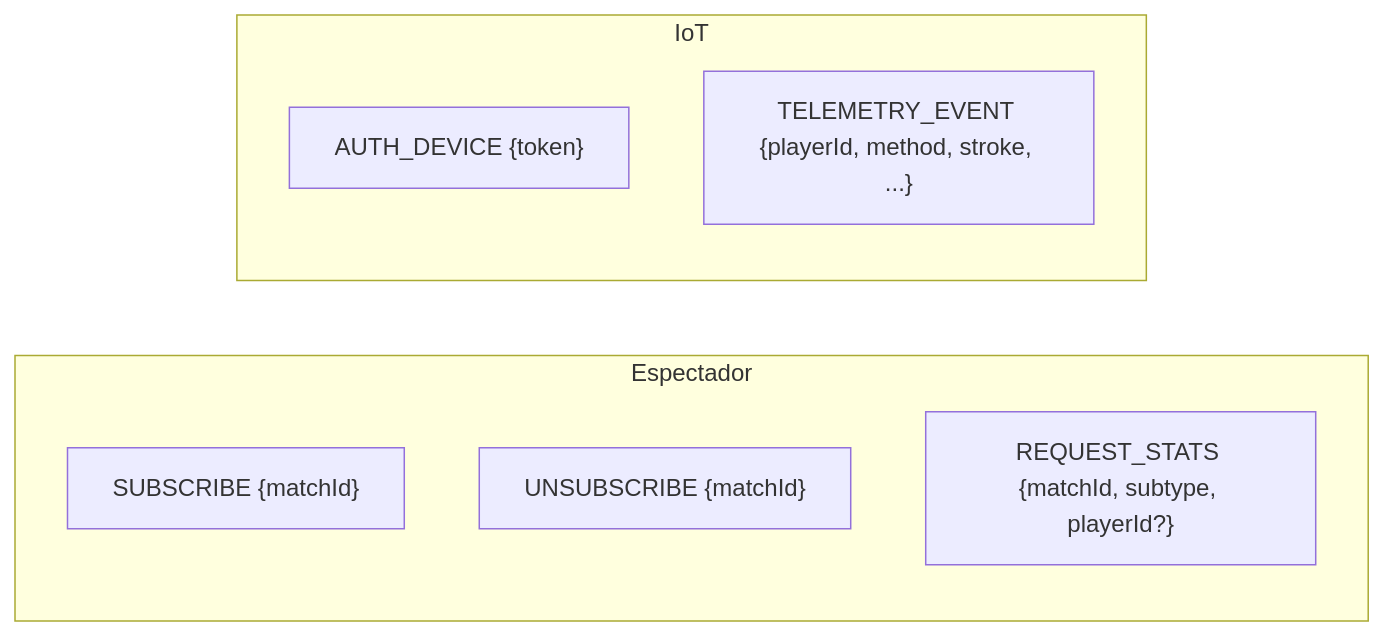
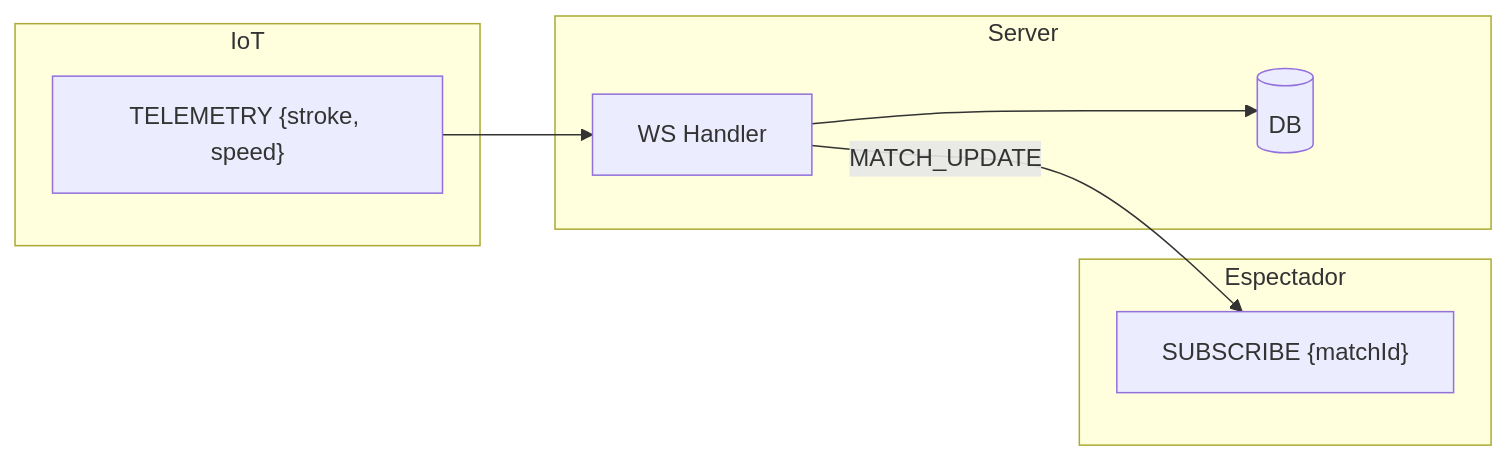
Before and after one commit to samuhlo-training/padelcourts_front: the second of 2 diagrams in docs/backend/CURRENT_STATE_DOCS.md, drawn with Mermaid. The commit also changed other lines of this file and 3 other files, not shown here.

````diff
--- a/docs/backend/CURRENT_STATE_DOCS.md
+++ b/docs/backend/CURRENT_STATE_DOCS.md
@@ -96,13 +90,19 @@
 ```mermaid
 flowchart LR
     subgraph Espectador
         SUB["SUBSCRIBE {matchId}"]
-        UNSUB["UNSUBSCRIBE {matchId}"]
-        STATS["REQUEST_STATS {matchId, subtype, playerId?}"]
+    end
+
+    subgraph Server
+        WS[WS Handler]
+        DB[(DB)]
     end
 
     subgraph IoT
-        AUTH["AUTH_DEVICE {token}"]
-        TELEM["TELEMETRY_EVENT {playerId, method, stroke, ...}"]
+        TELEM["TELEMETRY {stroke, speed}"]
     end
+
+    TELEM --> WS
+    WS --> DB
+    WS --"MATCH_UPDATE"--> SUB
 ```
````
